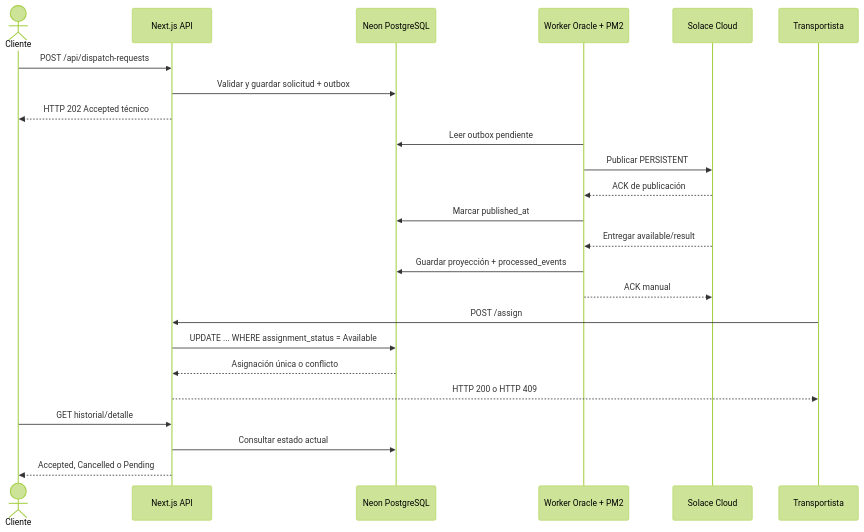
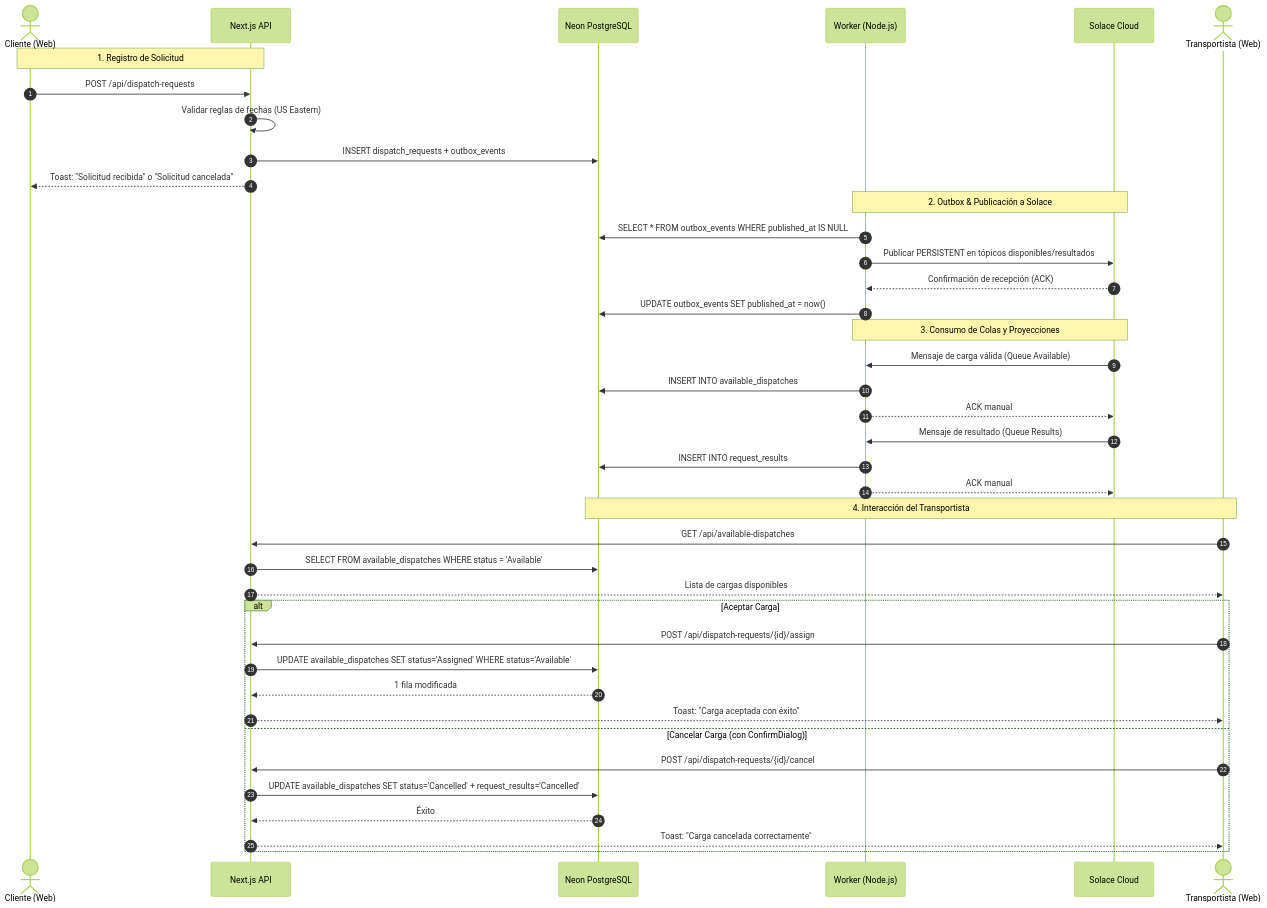
One commit to GlendyT/SolaceProject changed the third of 3 diagrams in README.md. Above: the diagram before and after it, drawn with Mermaid (forest theme). The commit also changed other lines of this file and 32 other files, not shown here.

````diff
--- a/README.md
+++ b/README.md
@@ -80,27 +200,47 @@
 ```mermaid
 sequenceDiagram
-  actor Cliente
+  autonumber
+  actor Cliente as Cliente (Web)
   participant API as Next.js API
   participant DB as Neon PostgreSQL
-  participant W as Worker Oracle + PM2
-  participant S as Solace Cloud
-  participant T as Transportista
+  participant W as Worker (Node.js)
+  participant Solace as Solace Cloud
+  actor Transp as Transportista (Web)
 
+  Note over Cliente, API: 1. Registro de Solicitud
   Cliente->>API: POST /api/dispatch-requests
-  API->>DB: Validar y guardar solicitud + outbox
-  API-->>Cliente: HTTP 202 Accepted técnico
-  W->>DB: Leer outbox pendiente
-  W->>S: Publicar PERSISTENT
-  S-->>W: ACK de publicación
-  W->>DB: Marcar published_at
-  S-->>W: Entregar available/result
-  W->>DB: Guardar proyección + processed_events
-  W-->>S: ACK manual
-  T->>API: POST /assign
-  API->>DB: UPDATE ... WHERE assignment_status = Available
-  DB-->>API: Asignación única o conflicto
-  API-->>T: HTTP 200 o HTTP 409
-  Cliente->>API: GET historial/detalle
-  API->>DB: Consultar estado actual
-  API-->>Cliente: Accepted, Cancelled o Pending
+  API->>API: Validar reglas de fechas (US Eastern)
+  API->>DB: INSERT dispatch_requests + outbox_events
+  API-->>Cliente: Toast: "Solicitud recibida" o "Solicitud cancelada"
+
+  Note over W, Solace: 2. Outbox & Publicación a Solace
+  W->>DB: SELECT * FROM outbox_events WHERE published_at IS NULL
+  W->>Solace: Publicar PERSISTENT en tópicos disponibles/resultados
+  Solace-->>W: Confirmación de recepción (ACK)
+  W->>DB: UPDATE outbox_events SET published_at = now()
+
+  Note over Solace, W: 3. Consumo de Colas y Proyecciones
+  Solace->>W: Mensaje de carga válida (Queue Available)
+  W->>DB: INSERT INTO available_dispatches
+  W-->>Solace: ACK manual
+  Solace->>W: Mensaje de resultado (Queue Results)
+  W->>DB: INSERT INTO request_results
+  W-->>Solace: ACK manual
+
+  Note over Transp, DB: 4. Interacción del Transportista
+  Transp->>API: GET /api/available-dispatches
+  API->>DB: SELECT FROM available_dispatches WHERE status = 'Available'
+  API-->>Transp: Lista de cargas disponibles
+
+  alt Aceptar Carga
+    Transp->>API: POST /api/dispatch-requests/{id}/assign
+    API->>DB: UPDATE available_dispatches SET status='Assigned' WHERE status='Available'
+    DB-->>API: 1 fila modificada
+    API-->>Transp: Toast: "Carga aceptada con éxito"
+  else Cancelar Carga (con ConfirmDialog)
+    Transp->>API: POST /api/dispatch-requests/{id}/cancel
+    API->>DB: UPDATE available_dispatches SET status='Cancelled' + request_results='Cancelled'
+    DB-->>API: Éxito
+    API-->>Transp: Toast: "Carga cancelada correctamente"
+  end
 ```
````
